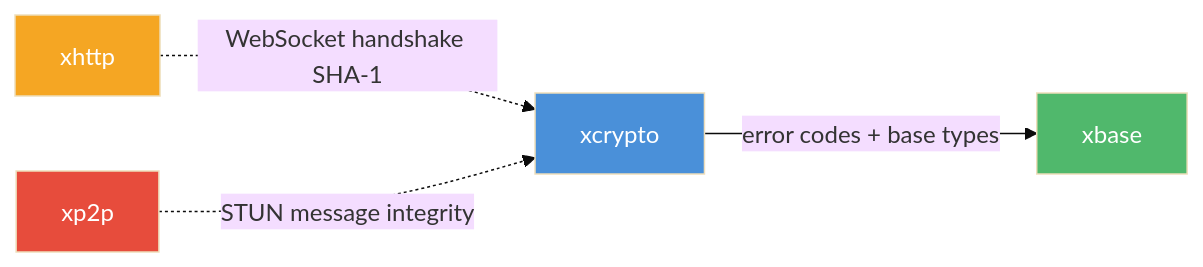
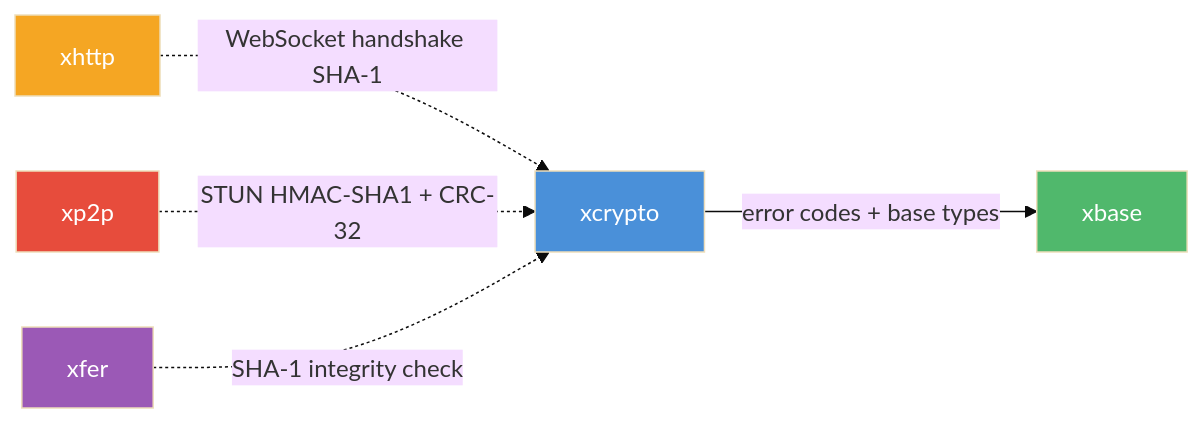
Before and after one commit to mivinci/DownloadKit: the second of 2 diagrams in docs/modules/xcrypto/README.md, drawn with Mermaid (base theme). The commit also changed other lines of this file and 3 other files, not shown here.

First line of the commit message:
docs: update xcrypto documentation for SHA-256, MD5, CRC-32, and HMAC

````diff
--- a/docs/modules/xcrypto/README.md
+++ b/docs/modules/xcrypto/README.md
@@ -148,16 +226,19 @@
 ```mermaid
 graph LR
     XCRYPTO["xcrypto"]
     XBASE["xbase"]
     XHTTP["xhttp"]
     XP2P["xp2p"]
+    XFER["xfer"]
 
     XCRYPTO -->|"error codes + base types"| XBASE
     XHTTP -.->|"WebSocket handshake SHA-1"| XCRYPTO
-    XP2P -.->|"STUN message integrity"| XCRYPTO
+    XP2P -.->|"STUN HMAC-SHA1 + CRC-32"| XCRYPTO
+    XFER -.->|"SHA-1 integrity check"| XCRYPTO
 
     style XCRYPTO fill:#4a90d9,color:#fff
     style XBASE fill:#50b86c,color:#fff
     style XHTTP fill:#f5a623,color:#fff
     style XP2P fill:#e74c3c,color:#fff
+    style XFER fill:#9b59b6,color:#fff
 ```
````
